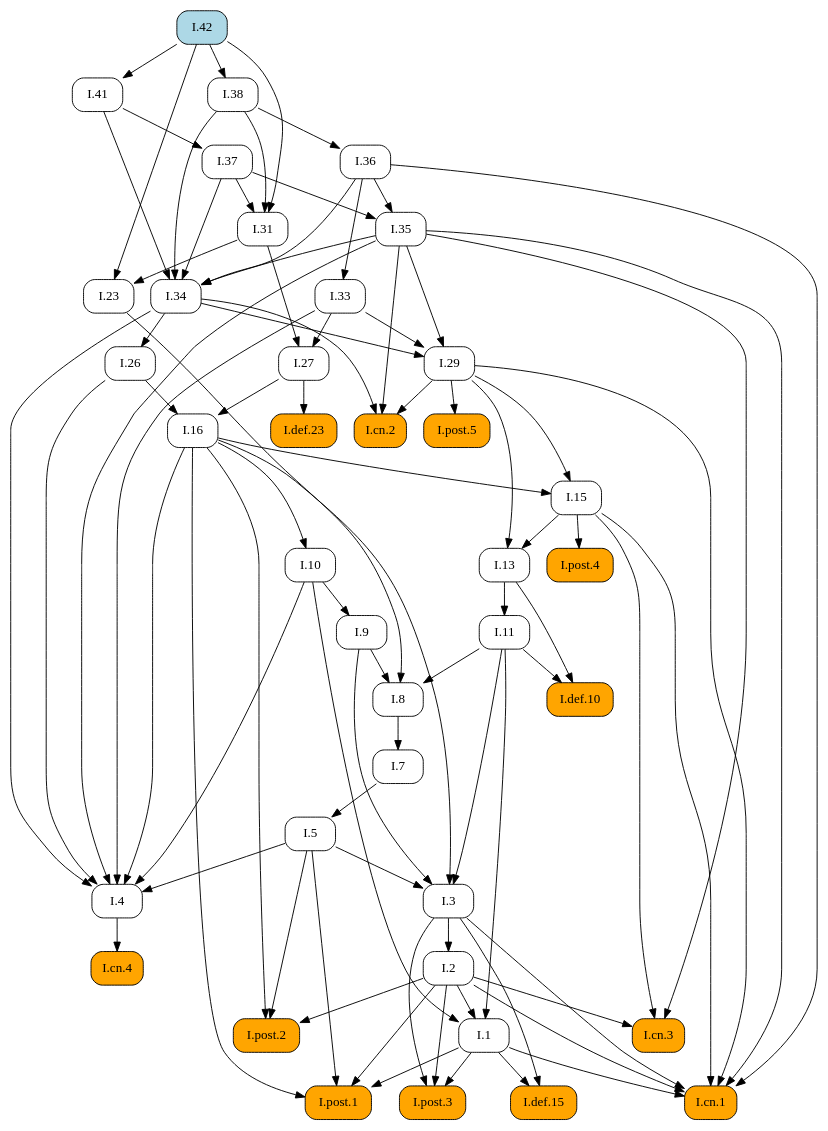
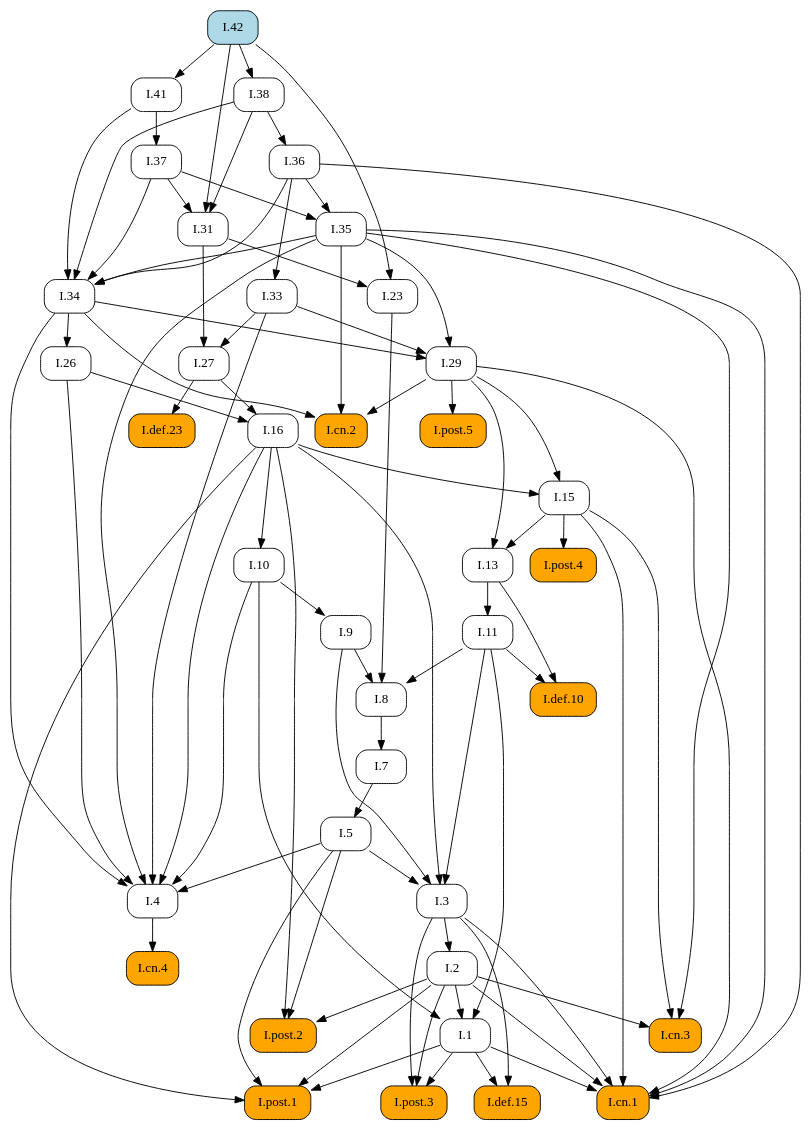
Before and after one commit to geometor/elements: the diagram in docsrc/heath/I/42/index.rst, drawn with Graphviz. The commit also changed other lines of this file and 484 other files, not shown here.

```diff
--- a/docsrc/heath/I/42/index.rst
+++ b/docsrc/heath/I/42/index.rst
@@ -41,63 +41,75 @@
    digraph {
      rankdir="TB";
      node [shape=box, style=rounded];
-     "I.def.10" [style="rounded,filled", fillcolor=orange, URL="/heath/I/def.10/", target="_top"];
-     "I.11" [URL="/heath/I/11/", target="_top"];
-     "I.post.4" [style="rounded,filled", fillcolor=orange, URL="/heath/I/post.4/", target="_top"];
-     "I.1" [URL="/heath/I/1/", target="_top"];
-     "I.26" [URL="/heath/I/26/", target="_top"];
-     "I.29" [URL="/heath/I/29/", target="_top"];
-     "I.cn.2" [style="rounded,filled", fillcolor=orange, URL="/heath/I/cn.2/", target="_top"];
+     "I.23" [URL="/heath/I/23/", target="_top"];
+     "I.9" [URL="/heath/I/9/", target="_top"];
+     "I.33" [URL="/heath/I/33/", target="_top"];
      "I.def.15" [style="rounded,filled", fillcolor=orange, URL="/heath/I/def.15/", target="_top"];
      "I.post.3" [style="rounded,filled", fillcolor=orange, URL="/heath/I/post.3/", target="_top"];
+     "I.post.1" [style="rounded,filled", fillcolor=orange, URL="/heath/I/post.1/", target="_top"];
+     "I.42" [style="rounded,filled", fillcolor=lightblue, URL="/heath/I/42/", target="_top"];
+     "I.31" [URL="/heath/I/31/", target="_top"];
+     "I.def.10" [style="rounded,filled", fillcolor=orange, URL="/heath/I/def.10/", target="_top"];
+     "I.27" [URL="/heath/I/27/", target="_top"];
+     "I.34" [URL="/heath/I/34/", target="_top"];
+     "I.3" [URL="/heath/I/3/", target="_top"];
+     "I.35" [URL="/heath/I/35/", target="_top"];
      "I.cn.1" [style="rounded,filled", fillcolor=orange, URL="/heath/I/cn.1/", target="_top"];
+     "I.7" [URL="/heath/I/7/", target="_top"];
+     "I.2" [URL="/heath/I/2/", target="_top"];
+     "I.36" [URL="/heath/I/36/", target="_top"];
+     "I.13" [URL="/heath/I/13/", target="_top"];
+     "I.post.4" [style="rounded,filled", fillcolor=orange, URL="/heath/I/post.4/", target="_top"];
+     "I.4" [URL="/heath/I/4/", target="_top"];
+     "I.1" [URL="/heath/I/1/", target="_top"];
+     "I.5" [URL="/heath/I/5/", target="_top"];
+     "I.37" [URL="/heath/I/37/", target="_top"];
+     "I.8" [URL="/heath/I/8/", target="_top"];
+     "I.29" [URL="/heath/I/29/", target="_top"];
      "I.cn.3" [style="rounded,filled", fillcolor=orange, URL="/heath/I/cn.3/", target="_top"];
-     "I.23" [URL="/heath/I/23/", target="_top"];
-     "I.post.1" [style="rounded,filled", fillcolor=orange, URL="/heath/I/post.1/", target="_top"];
-     "I.35" [URL="/heath/I/35/", target="_top"];
+     "I.16" [URL="/heath/I/16/", target="_top"];
+     "I.38" [URL="/heath/I/38/", target="_top"];
+     "I.15" [URL="/heath/I/15/", target="_top"];
+     "I.10" [URL="/heath/I/10/", target="_top"];
+     "I.11" [URL="/heath/I/11/", target="_top"];
+     "I.def.23" [style="rounded,filled", fillcolor=orange, URL="/heath/I/def.23/", target="_top"];
+     "I.cn.2" [style="rounded,filled", fillcolor=orange, URL="/heath/I/cn.2/", target="_top"];
+     "I.post.5" [style="rounded,filled", fillcolor=orange, URL="/heath/I/post.5/", target="_top"];
+     "I.cn.4" [style="rounded,filled", fillcolor=orange, URL="/heath/I/cn.4/", target="_top"];
      "I.41" [URL="/heath/I/41/", target="_top"];
-     "I.27" [URL="/heath/I/27/", target="_top"];
-     "I.36" [URL="/heath/I/36/", target="_top"];
-     "I.37" [URL="/heath/I/37/", target="_top"];
-     "I.34" [URL="/heath/I/34/", target="_top"];
-     "I.7" [URL="/heath/I/7/", target="_top"];
-     "I.3" [URL="/heath/I/3/", target="_top"];
-     "I.2" [URL="/heath/I/2/", target="_top"];
-     "I.def.23" [style="rounded,filled", fillcolor=orange, URL="/heath/I/def.23/", target="_top"];
-     "I.4" [URL="/heath/I/4/", target="_top"];
-     "I.13" [URL="/heath/I/13/", target="_top"];
-     "I.33" [URL="/heath/I/33/", target="_top"];
-     "I.31" [URL="/heath/I/31/", target="_top"];
      "I.post.2" [style="rounded,filled", fillcolor=orange, URL="/heath/I/post.2/", target="_top"];
-     "I.16" [URL="/heath/I/16/", target="_top"];
-     "I.42" [style="rounded,filled", fillcolor=lightblue, URL="/heath/I/42/", target="_top"];
-     "I.9" [URL="/heath/I/9/", target="_top"];
-     "I.8" [URL="/heath/I/8/", target="_top"];
-     "I.cn.4" [style="rounded,filled", fillcolor=orange, URL="/heath/I/cn.4/", target="_top"];
-     "I.15" [URL="/heath/I/15/", target="_top"];
-     "I.post.5" [style="rounded,filled", fillcolor=orange, URL="/heath/I/post.5/", target="_top"];
-     "I.38" [URL="/heath/I/38/", target="_top"];
-     "I.10" [URL="/heath/I/10/", target="_top"];
-     "I.5" [URL="/heath/I/5/", target="_top"];
-     "I.11" -> "I.def.10";
-     "I.13" -> "I.def.10";
-     "I.13" -> "I.11";
-     "I.15" -> "I.post.4";
-     "I.2" -> "I.1";
-     "I.10" -> "I.1";
-     "I.11" -> "I.1";
-     "I.34" -> "I.26";
-     "I.33" -> "I.29";
-     "I.34" -> "I.29";
-     "I.35" -> "I.29";
-     "I.29" -> "I.cn.2";
-     "I.34" -> "I.cn.2";
-     "I.35" -> "I.cn.2";
+     "I.26" [URL="/heath/I/26/", target="_top"];
+     "I.31" -> "I.23";
+     "I.42" -> "I.23";
+     "I.10" -> "I.9";
+     "I.36" -> "I.33";
      "I.1" -> "I.def.15";
      "I.3" -> "I.def.15";
      "I.1" -> "I.post.3";
      "I.2" -> "I.post.3";
      "I.3" -> "I.post.3";
+     "I.1" -> "I.post.1";
+     "I.2" -> "I.post.1";
+     "I.5" -> "I.post.1";
+     "I.16" -> "I.post.1";
+     "I.37" -> "I.31";
+     "I.38" -> "I.31";
+     "I.42" -> "I.31";
+     "I.11" -> "I.def.10";
+     "I.13" -> "I.def.10";
+     "I.31" -> "I.27";
+     "I.33" -> "I.27";
+     "I.35" -> "I.34";
+     "I.36" -> "I.34";
+     "I.37" -> "I.34";
+     "I.38" -> "I.34";
+     "I.41" -> "I.34";
+     "I.5" -> "I.3";
+     "I.9" -> "I.3";
+     "I.11" -> "I.3";
+     "I.16" -> "I.3";
+     "I.36" -> "I.35";
+     "I.37" -> "I.35";
      "I.1" -> "I.cn.1";
      "I.2" -> "I.cn.1";
      "I.3" -> "I.cn.1";
@@ -105,34 +117,12 @@
      "I.29" -> "I.cn.1";
      "I.35" -> "I.cn.1";
      "I.36" -> "I.cn.1";
-     "I.2" -> "I.cn.3";
-     "I.15" -> "I.cn.3";
-     "I.35" -> "I.cn.3";
-     "I.31" -> "I.23";
-     "I.42" -> "I.23";
-     "I.1" -> "I.post.1";
-     "I.2" -> "I.post.1";
-     "I.5" -> "I.post.1";
-     "I.16" -> "I.post.1";
-     "I.36" -> "I.35";
-     "I.37" -> "I.35";
-     "I.42" -> "I.41";
-     "I.31" -> "I.27";
-     "I.33" -> "I.27";
+     "I.8" -> "I.7";
+     "I.3" -> "I.2";
      "I.38" -> "I.36";
-     "I.41" -> "I.37";
-     "I.35" -> "I.34";
-     "I.36" -> "I.34";
-     "I.37" -> "I.34";
-     "I.38" -> "I.34";
-     "I.41" -> "I.34";
-     "I.8" -> "I.7";
-     "I.5" -> "I.3";
-     "I.9" -> "I.3";
-     "I.11" -> "I.3";
-     "I.16" -> "I.3";
-     "I.3" -> "I.2";
-     "I.27" -> "I.def.23";
+     "I.15" -> "I.13";
+     "I.29" -> "I.13";
+     "I.15" -> "I.post.4";
      "I.5" -> "I.4";
      "I.10" -> "I.4";
      "I.16" -> "I.4";
@@ -140,26 +130,36 @@
      "I.33" -> "I.4";
      "I.34" -> "I.4";
      "I.35" -> "I.4";
-     "I.15" -> "I.13";
-     "I.29" -> "I.13";
-     "I.36" -> "I.33";
-     "I.37" -> "I.31";
-     "I.38" -> "I.31";
-     "I.42" -> "I.31";
+     "I.2" -> "I.1";
+     "I.10" -> "I.1";
+     "I.11" -> "I.1";
+     "I.7" -> "I.5";
+     "I.41" -> "I.37";
+     "I.9" -> "I.8";
+     "I.11" -> "I.8";
+     "I.23" -> "I.8";
+     "I.33" -> "I.29";
+     "I.34" -> "I.29";
+     "I.35" -> "I.29";
+     "I.2" -> "I.cn.3";
+     "I.15" -> "I.cn.3";
+     "I.35" -> "I.cn.3";
+     "I.26" -> "I.16";
+     "I.27" -> "I.16";
+     "I.42" -> "I.38";
+     "I.16" -> "I.15";
+     "I.29" -> "I.15";
+     "I.16" -> "I.10";
+     "I.13" -> "I.11";
+     "I.27" -> "I.def.23";
+     "I.29" -> "I.cn.2";
+     "I.34" -> "I.cn.2";
+     "I.35" -> "I.cn.2";
+     "I.29" -> "I.post.5";
+     "I.4" -> "I.cn.4";
+     "I.42" -> "I.41";
      "I.2" -> "I.post.2";
      "I.5" -> "I.post.2";
      "I.16" -> "I.post.2";
-     "I.26" -> "I.16";
-     "I.27" -> "I.16";
-     "I.10" -> "I.9";
-     "I.9" -> "I.8";
-     "I.11" -> "I.8";
-     "I.23" -> "I.8";
-     "I.4" -> "I.cn.4";
-     "I.16" -> "I.15";
-     "I.29" -> "I.15";
-     "I.29" -> "I.post.5";
-     "I.42" -> "I.38";
-     "I.16" -> "I.10";
-     "I.7" -> "I.5";
+     "I.34" -> "I.26";
    }
```
